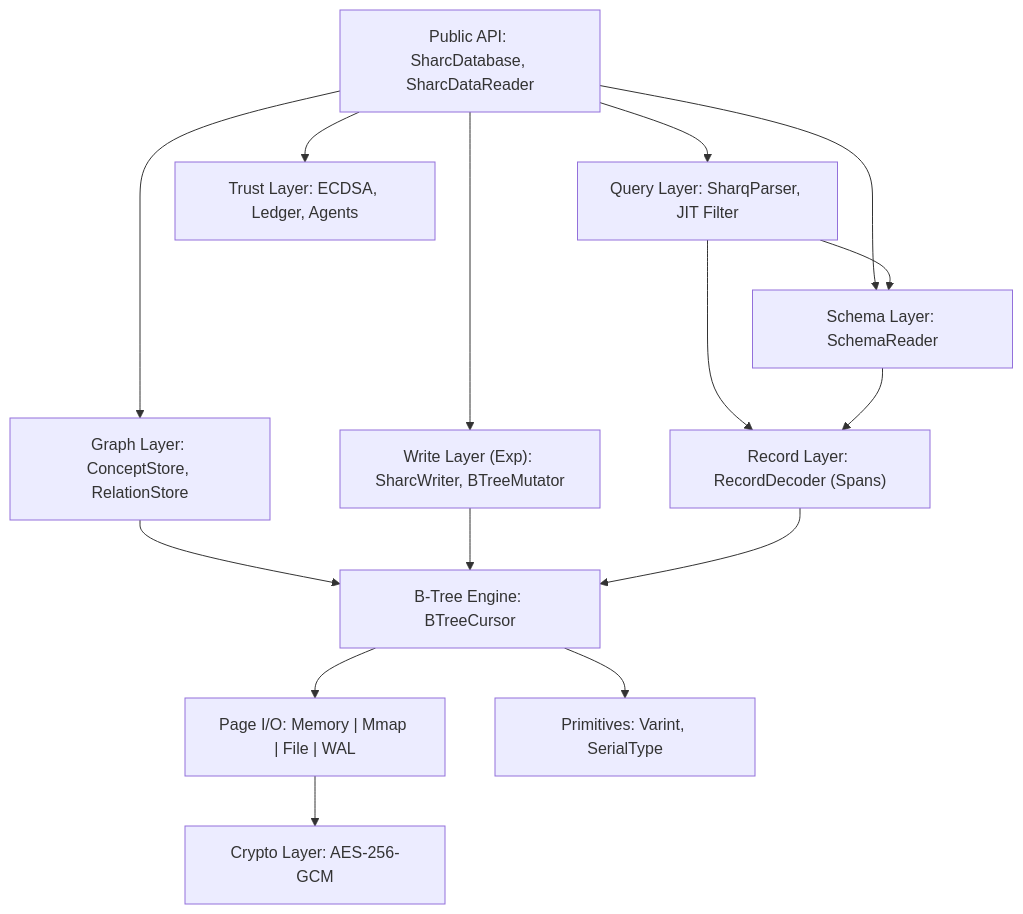
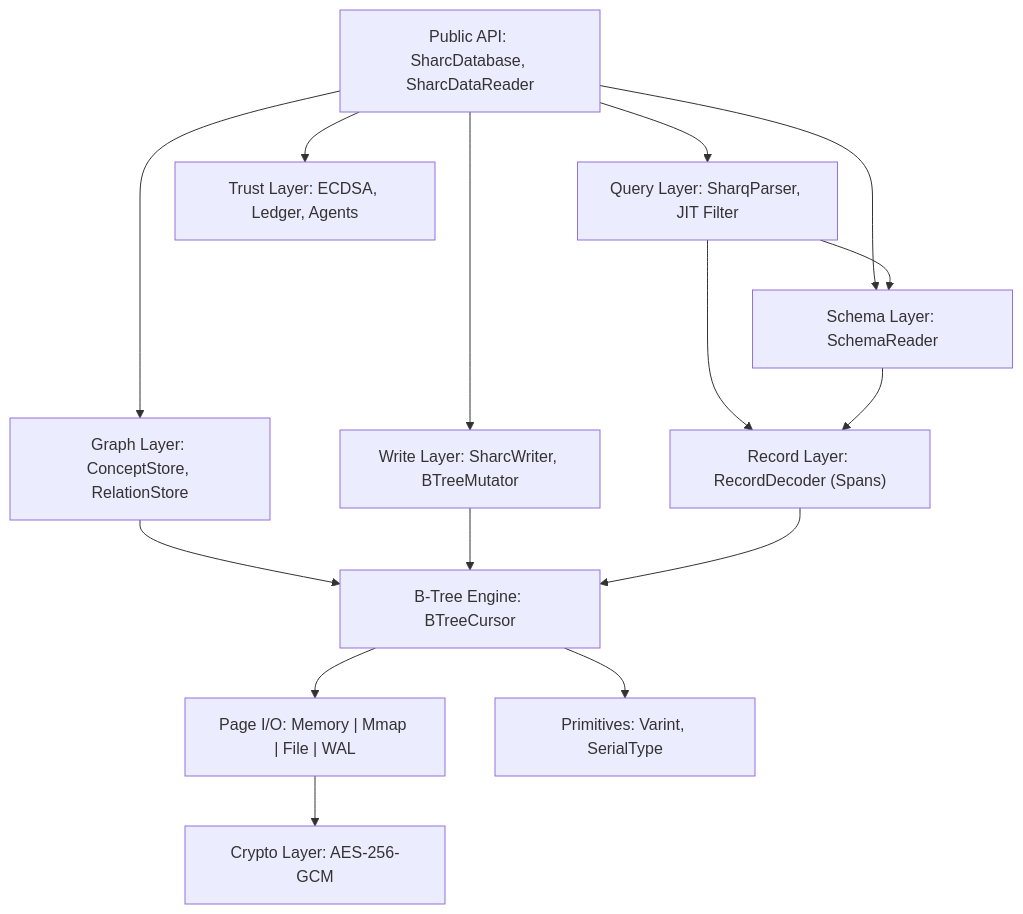
One commit to revred/Sharc changed the diagram in docs/ARCHITECTURE.md. Above: the diagram before and after it, drawn with Mermaid. The commit also changed other lines of this file and 24 other files, not shown here.

````diff
--- a/docs/ARCHITECTURE.md
+++ b/docs/ARCHITECTURE.md
@@ -7,29 +7,29 @@
 ```mermaid
 graph TD
     API["Public API: SharcDatabase, SharcDataReader"]
     Query["Query Layer: SharqParser, JIT Filter"]
-    Write["Write Layer (Exp): SharcWriter, BTreeMutator"]
+    Write["Write Layer: SharcWriter, BTreeMutator"]
     Trust["Trust Layer: ECDSA, Ledger, Agents"]
     Graph["Graph Layer: ConceptStore, RelationStore"]
     Schema["Schema Layer: SchemaReader"]
     Records["Record Layer: RecordDecoder (Spans)"]
     BTree["B-Tree Engine: BTreeCursor"]
     IO["Page I/O: Memory | Mmap | File | WAL"]
     Crypto["Crypto Layer: AES-256-GCM"]
     Primitives["Primitives: Varint, SerialType"]
 
     API --> Query
     API --> Write
     API --> Trust
     API --> Graph
     API --> Schema
     Query --> Schema
     Query --> Records
     Graph --> BTree
     Write --> BTree
     Schema --> Records
     Records --> BTree
     BTree --> IO
     IO --> Crypto
     BTree --> Primitives
 ```
````
